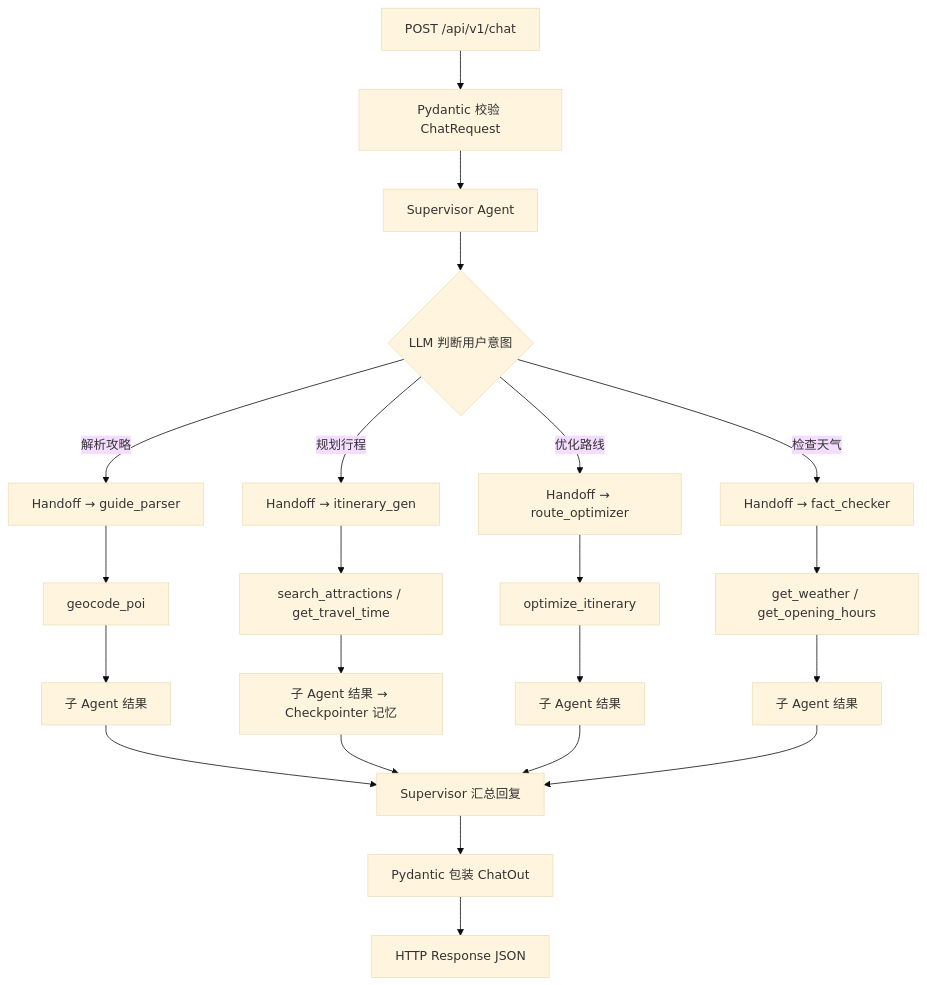
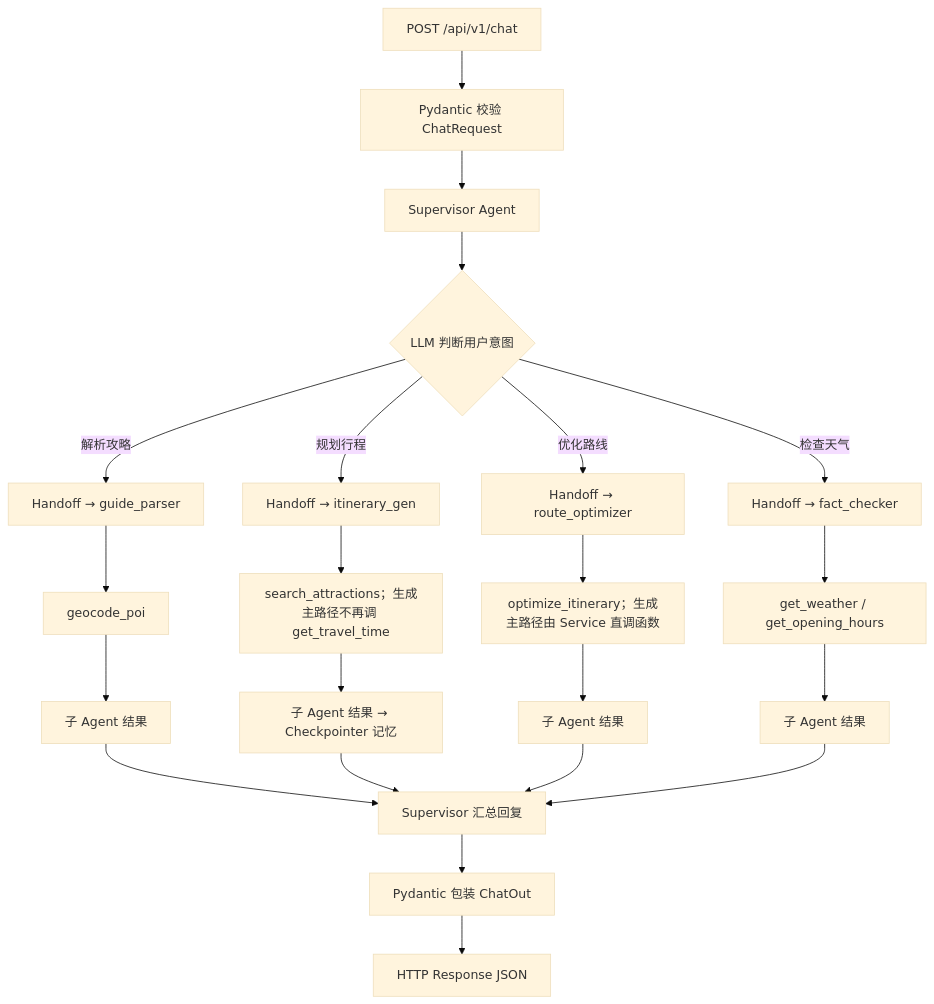
The fourth of 4 diagrams in .ad/retrospect/knowledge-map.md (dadamiaoza/TravelAgent-V3), drawn with Mermaid (base theme) before and after one commit. The commit also changed other lines of this file and 25 other files, not shown here.

````diff
--- a/.ad/retrospect/knowledge-map.md
+++ b/.ad/retrospect/knowledge-map.md
@@ -359,29 +493,29 @@
 ```mermaid
 flowchart TD
     HTTP2[POST /api/v1/chat] --> Schema2[Pydantic 校验 ChatRequest]
     Schema2 --> Sup[Supervisor Agent]
     Sup --> Decide{LLM 判断用户意图}
 
     Decide -->|"解析攻略"| GP[Handoff → guide_parser]
     Decide -->|"规划行程"| IG[Handoff → itinerary_gen]
     Decide -->|"优化路线"| RO[Handoff → route_optimizer]
     Decide -->|"检查天气"| FC[Handoff → fact_checker]
 
     GP --> Tool1[geocode_poi]
-    IG --> Tool2[search_attractions / get_travel_time]
-    RO --> Tool3[optimize_itinerary]
+    IG --> Tool2[search_attractions；生成主路径不再调 get_travel_time]
+    RO --> Tool3[optimize_itinerary；生成主路径由 Service 直调函数]
     FC --> Tool4[get_weather / get_opening_hours]
 
     Tool1 --> Reply1[子 Agent 结果]
     Tool2 --> Reply2[子 Agent 结果 → Checkpointer 记忆]
     Tool3 --> Reply3[子 Agent 结果]
     Tool4 --> Reply4[子 Agent 结果]
 
     Reply1 --> Sup2[Supervisor 汇总回复]
     Reply2 --> Sup2
     Reply3 --> Sup2
     Reply4 --> Sup2
 
     Sup2 --> Out2[Pydantic 包装 ChatOut]
     Out2 --> HTTPOut2[HTTP Response JSON]
 ```
````
